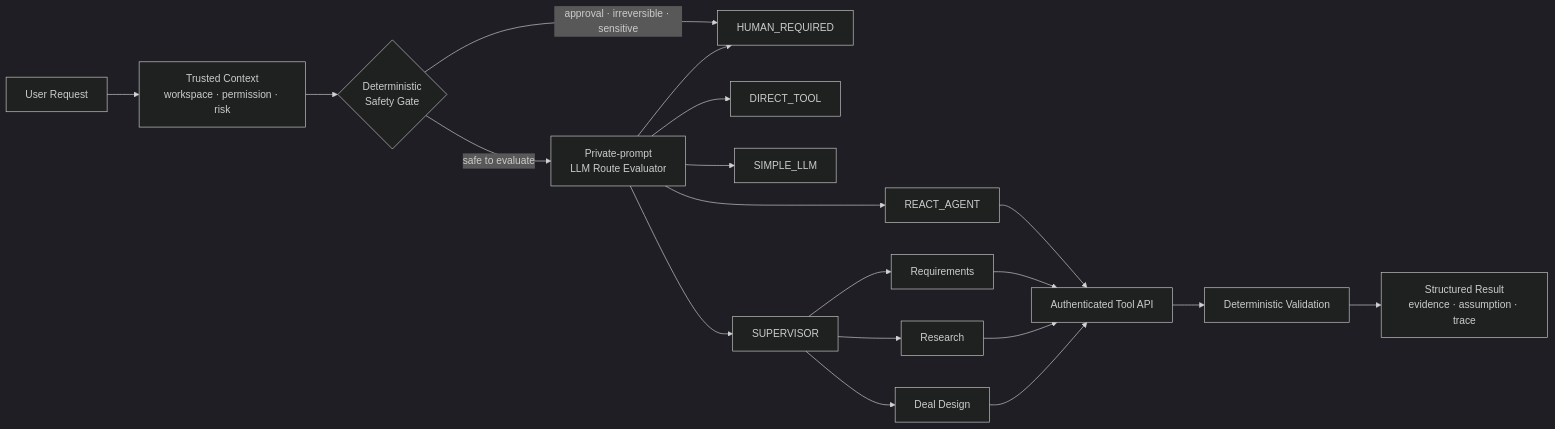
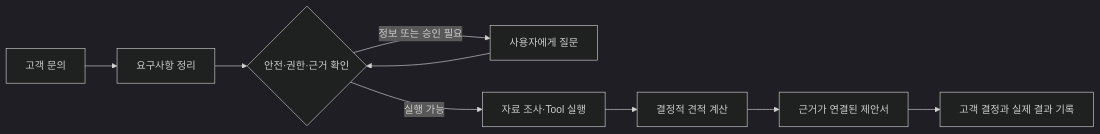
One commit to jomkeu3369/Freelance-Ops-Agent changed the diagram in README.md. Above: the diagram before and after it, drawn with Mermaid (dark theme). The commit also changed other lines of this file and 6 other files, not shown here.

````diff
--- a/README.md
+++ b/README.md
@@ -42,24 +70,11 @@
 ```mermaid
 flowchart LR
-    R["User Request"] --> C["Trusted Context<br/>workspace · permission · risk"]
-    C --> G{"Deterministic<br/>Safety Gate"}
-    G -->|"approval · irreversible · sensitive"| H["HUMAN_REQUIRED"]
-    G -->|"safe to evaluate"| E["Private-prompt<br/>LLM Route Evaluator"]
-
-    E --> D["DIRECT_TOOL"]
-    E --> L["SIMPLE_LLM"]
-    E --> A["REACT_AGENT"]
-    E --> S["SUPERVISOR"]
-    E --> H
-
-    A --> T["Authenticated Tool API"]
-    S --> Q["Requirements"]
-    S --> X["Research"]
-    S --> P["Deal Design"]
-    Q --> T
-    X --> T
-    P --> T
-
-    T --> V["Deterministic Validation"]
-    V --> O["Structured Result<br/>evidence · assumption · trace"]
+    U["고객 문의"] --> R["요구사항 정리"]
+    R --> G{"안전·권한·근거 확인"}
+    G -->|"정보 또는 승인 필요"| H["사용자에게 질문"]
+    H --> G
+    G -->|"실행 가능"| T["자료 조사·Tool 실행"]
+    T --> Q["결정적 견적 계산"]
+    Q --> P["근거가 연결된 제안서"]
+    P --> D["고객 결정과 실제 결과 기록"]
 ```
````
